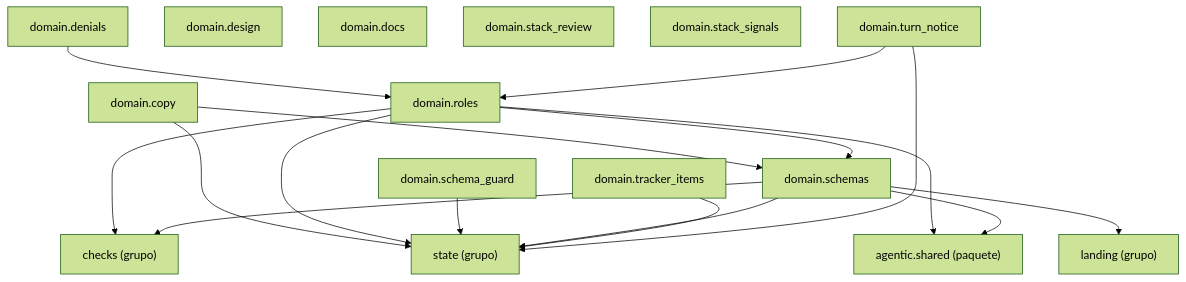
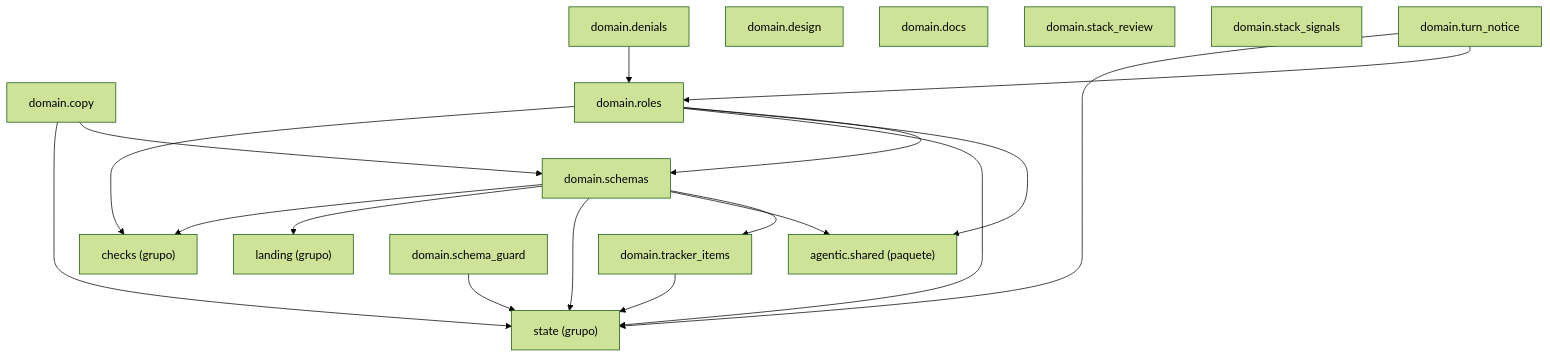
Before and after one commit to GonzaloZevallos/agentic-system: the diagram in docs/architecture/generated/packages-process-domain-roles.md, drawn with Mermaid (forest theme).

Commit message:
Regenerate the architecture doc for the new tracker_items import

````diff
--- a/docs/architecture/generated/packages-process-domain-roles.md
+++ b/docs/architecture/generated/packages-process-domain-roles.md
@@ -12,33 +12,34 @@
 ```mermaid
 graph TD
     g_domain__checks["checks (grupo)"]
     g_domain__landing["landing (grupo)"]
     g_domain__state["state (grupo)"]
     g_pkg__agentic__shared["agentic.shared (paquete)"]
     m_domain__copy["domain.copy"]
     m_domain__denials["domain.denials"]
     m_domain__design["domain.design"]
     m_domain__docs["domain.docs"]
     m_domain__roles["domain.roles"]
     m_domain__schema_guard["domain.schema_guard"]
     m_domain__schemas["domain.schemas"]
     m_domain__stack_review["domain.stack_review"]
     m_domain__stack_signals["domain.stack_signals"]
     m_domain__tracker_items["domain.tracker_items"]
     m_domain__turn_notice["domain.turn_notice"]
     m_domain__copy --> g_domain__state
     m_domain__copy --> m_domain__schemas
     m_domain__denials --> m_domain__roles
     m_domain__roles --> g_domain__checks
     m_domain__roles --> g_domain__state
     m_domain__roles --> g_pkg__agentic__shared
     m_domain__roles --> m_domain__schemas
     m_domain__schema_guard --> g_domain__state
     m_domain__schemas --> g_domain__checks
     m_domain__schemas --> g_domain__landing
     m_domain__schemas --> g_domain__state
     m_domain__schemas --> g_pkg__agentic__shared
+    m_domain__schemas --> m_domain__tracker_items
     m_domain__tracker_items --> g_domain__state
     m_domain__turn_notice --> g_domain__state
     m_domain__turn_notice --> m_domain__roles
 ```
````
